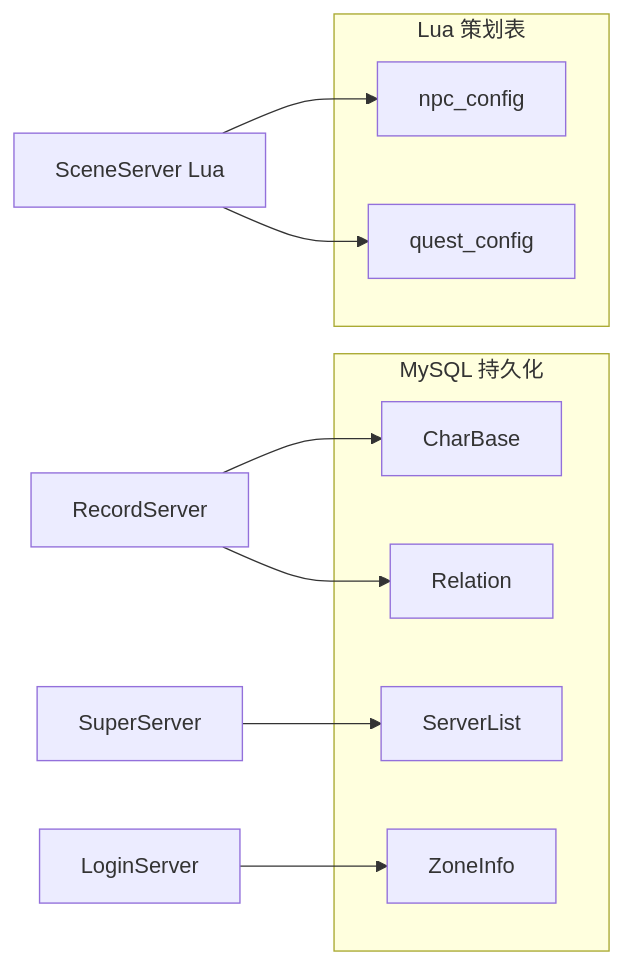
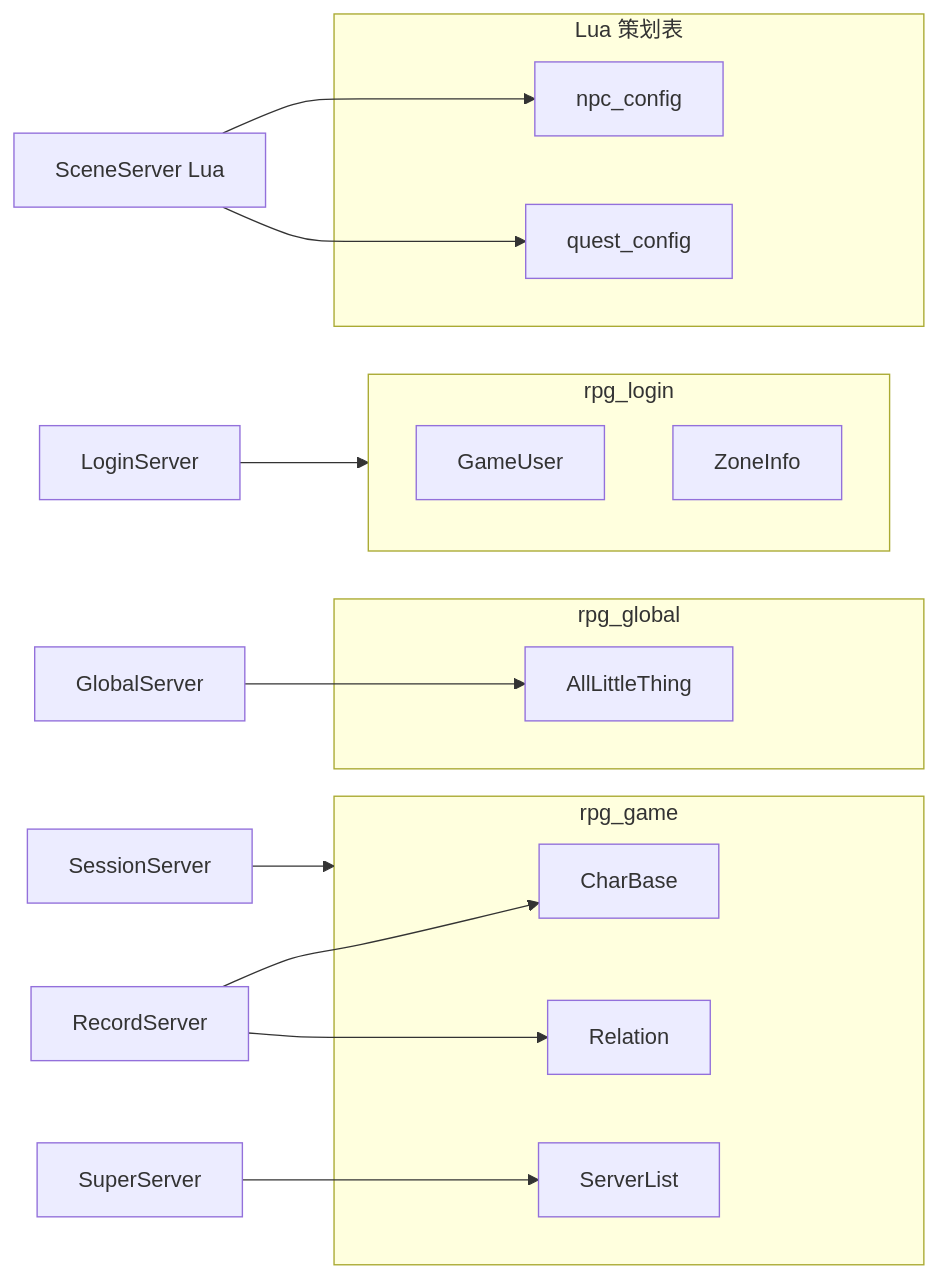
One commit to hechuangguo/RPG_Server changed the diagram in docs/DATA.md. Above: the diagram before and after it, drawn with Mermaid. The commit also changed other lines of this file and 60 other files, not shown here.

````diff
--- a/docs/DATA.md
+++ b/docs/DATA.md
@@ -166,19 +183,27 @@
 ```mermaid
 flowchart LR
-    subgraph persist [MySQL 持久化]
+    subgraph loginDb [rpg_login]
+        GU[GameUser]
+        ZI[ZoneInfo]
+    end
+    subgraph gameDb [rpg_game]
         CB[CharBase]
         REL[Relation]
         SL[ServerList]
-        ZI[ZoneInfo]
     end
+    subgraph globalDb [rpg_global]
+        ALT[AllLittleThing]
+    end
+    REC[RecordServer] --> CB
+    REC --> REL
+    SES[SessionServer] --> gameDb
+    SS[SuperServer] --> SL
+    LS[LoginServer] --> loginDb
+    GLOB[GlobalServer] --> ALT
     subgraph static [Lua 策划表]
         NPC[npc_config]
         QST[quest_config]
     end
-    REC[RecordServer] --> CB
-    REC --> REL
-    SS[SuperServer] --> SL
-    LS[LoginServer] --> ZI
     SceneLua[SceneServer Lua] --> NPC
     SceneLua --> QST
 ```
````
